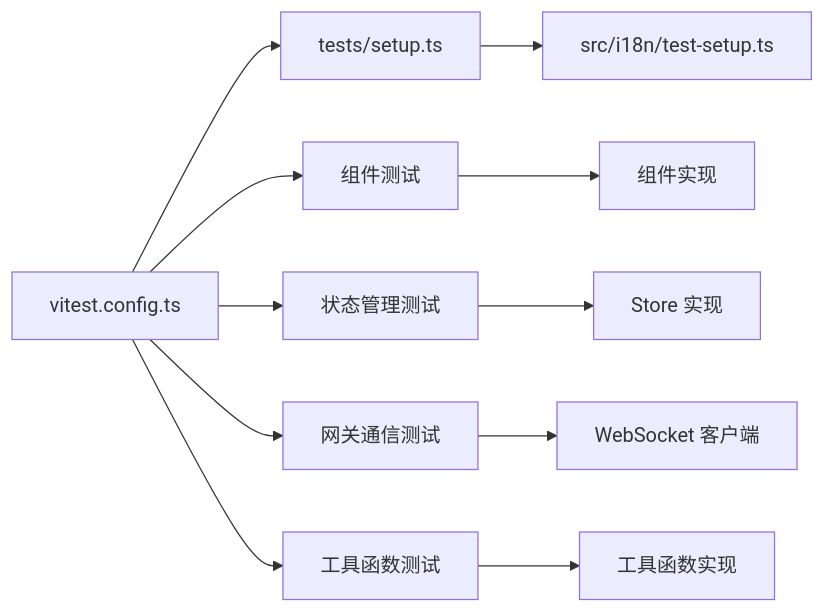
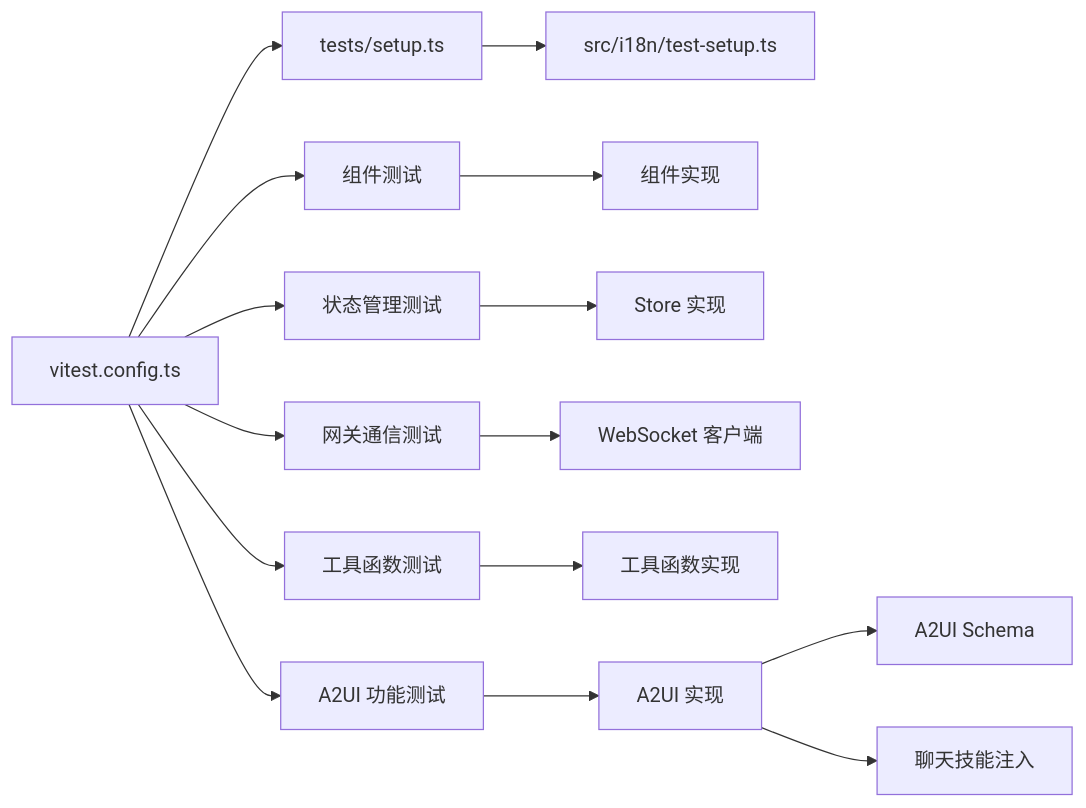
Before and after one commit to WW-AI-Lab/openclaw-office: the seventh of 7 diagrams in .qoder/repowiki/zh/content/测试策略/测试策略.md, drawn with Mermaid. The commit also changed other lines of this file and 36 other files, not shown here.

````diff
--- a/.qoder/repowiki/zh/content/测试策略/测试策略.md
+++ b/.qoder/repowiki/zh/content/测试策略/测试策略.md
@@ -293,13 +367,17 @@
 ```mermaid
 graph LR
 V["vitest.config.ts"] --> S["tests/setup.ts"]
 S --> I["src/i18n/test-setup.ts"]
 V --> T1["组件测试"]
 V --> T2["状态管理测试"]
 V --> T3["网关通信测试"]
 V --> T4["工具函数测试"]
+V --> T5["A2UI 功能测试"]
 T1 --> P1["组件实现"]
 T2 --> P2["Store 实现"]
 T3 --> P3["WebSocket 客户端"]
 T4 --> P4["工具函数实现"]
+T5 --> P5["A2UI 实现"]
+P5 --> P6["A2UI Schema"]
+P5 --> P7["聊天技能注入"]
 ```
````
